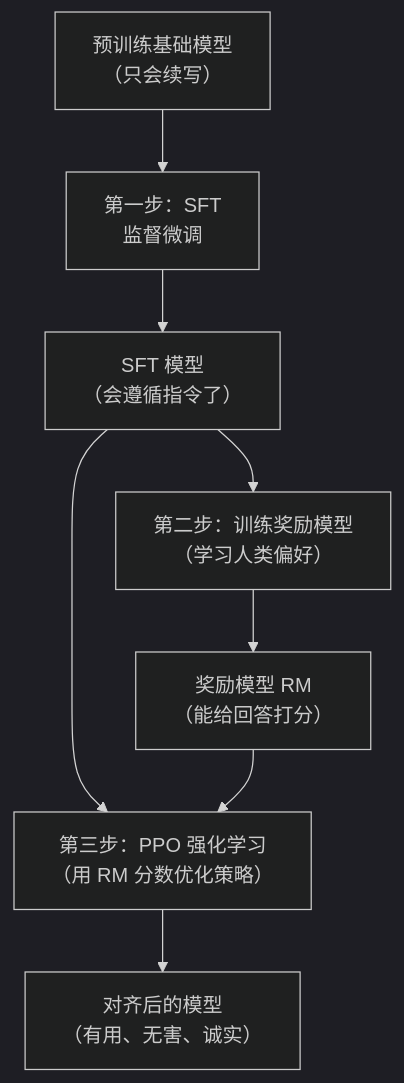
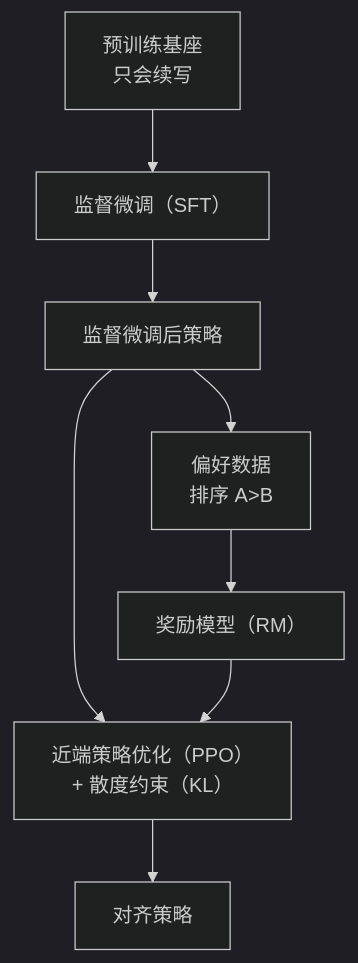
Before and after one commit to wolf-wolf/ai-tell-ai: the diagram in docs/model/training/rlhf.md, drawn with Mermaid (dark theme). The commit also changed other lines of this file and 66 other files, not shown here.

First line of the commit message:
Expand wiki corpus, coverage graph, and Obsidian doc tooling.

````diff
--- a/docs/model/training/rlhf.md
+++ b/docs/model/training/rlhf.md
@@ -51,10 +58,15 @@
 ```mermaid
 flowchart TD
-    A["预训练基础模型<br>（只会续写）"] --> B["第一步：SFT<br>监督微调"]
-    B --> C["SFT 模型<br>（会遵循指令了）"]
-    C --> D["第二步：训练奖励模型<br>（学习人类偏好）"]
-    D --> E["奖励模型 RM<br>（能给回答打分）"]
-    C --> F["第三步：PPO 强化学习<br>（用 RM 分数优化策略）"]
+    A["预训练基座<br/>只会续写"]
+    B["监督微调（SFT）"]
+    C["监督微调后策略"]
+    D["偏好数据<br/>排序 A>B"]
+    E["奖励模型（RM）"]
+    F["近端策略优化（PPO）<br/>+ 散度约束（KL）"]
+    G["对齐策略"]
+    A --> B --> C
+    C --> D --> E
+    C --> F
     E --> F
-    F --> G["对齐后的模型<br>（有用、无害、诚实）"]
+    F --> G
 ```
````
